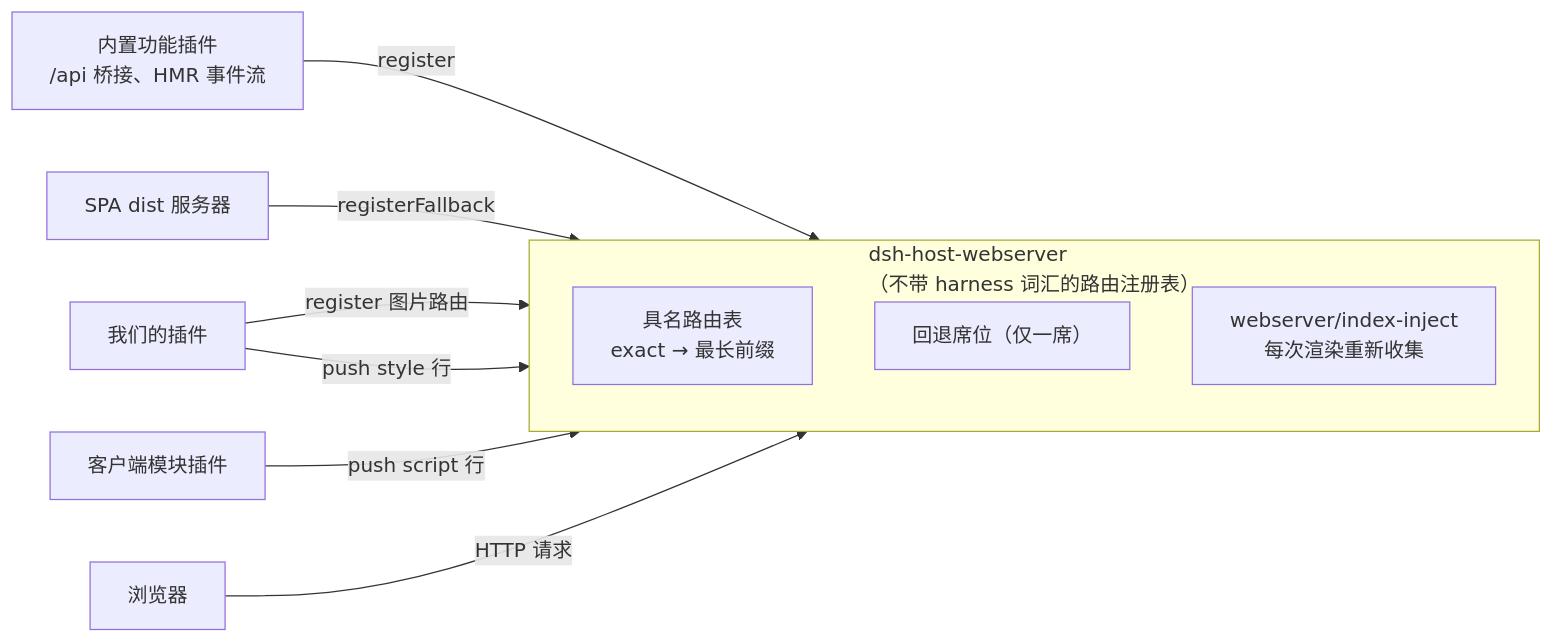
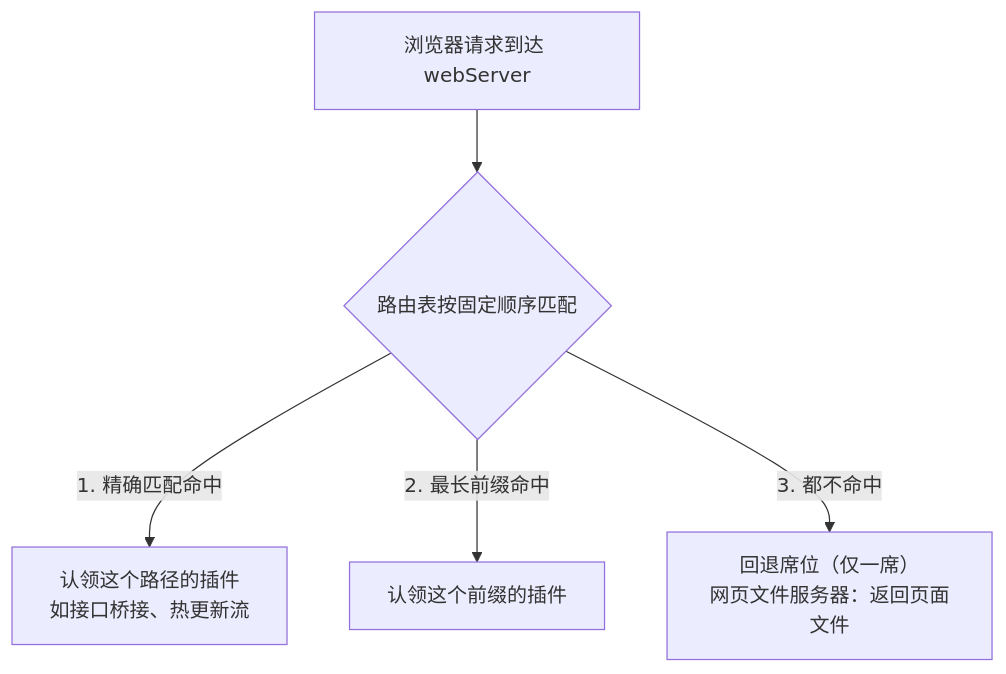
One commit to anthonyzhao-4926/blog changed the first of 4 diagrams in dsh 插件开发学习/04-注册 HTTP 路由与注入页面样式.md. Above: the diagram before and after it, drawn with Mermaid. The commit also changed other lines of this file and 38 other files, not shown here.

````diff
--- a/dsh 插件开发学习/04-注册 HTTP 路由与注入页面样式.md
+++ b/dsh 插件开发学习/04-注册 HTTP 路由与注入页面样式.md
@@ -36,15 +40,7 @@
 ```mermaid
-flowchart LR
-    subgraph W["dsh-host-webserver<br/>（不带 harness 词汇的路由注册表）"]
-        direction TB
-        R["具名路由表<br/>exact → 最长前缀"]
-        F["回退席位（仅一席）"]
-        I["webserver/index-inject<br/>每次渲染重新收集"]
-    end
-    A["内置功能插件<br/>/api 桥接、HMR 事件流"] -->|"register"| R
-    S["SPA dist 服务器"] -->|"registerFallback"| F
-    O["我们的插件"] -->|"register 图片路由"| R
-    O -->|"push style 行"| I
-    M["客户端模块插件"] -->|"push script 行"| I
-    B["浏览器"] -->|"HTTP 请求"| W
+flowchart TD
+    B["浏览器请求到达 webServer"] --> Q{"路由表按固定顺序匹配"}
+    Q -->|"1. 精确匹配命中"| H1["认领这个路径的插件<br/>如接口桥接、热更新流"]
+    Q -->|"2. 最长前缀命中"| H2["认领这个前缀的插件"]
+    Q -->|"3. 都不命中"| H3["回退席位（仅一席）<br/>网页文件服务器：返回页面文件"]
 ```
````
